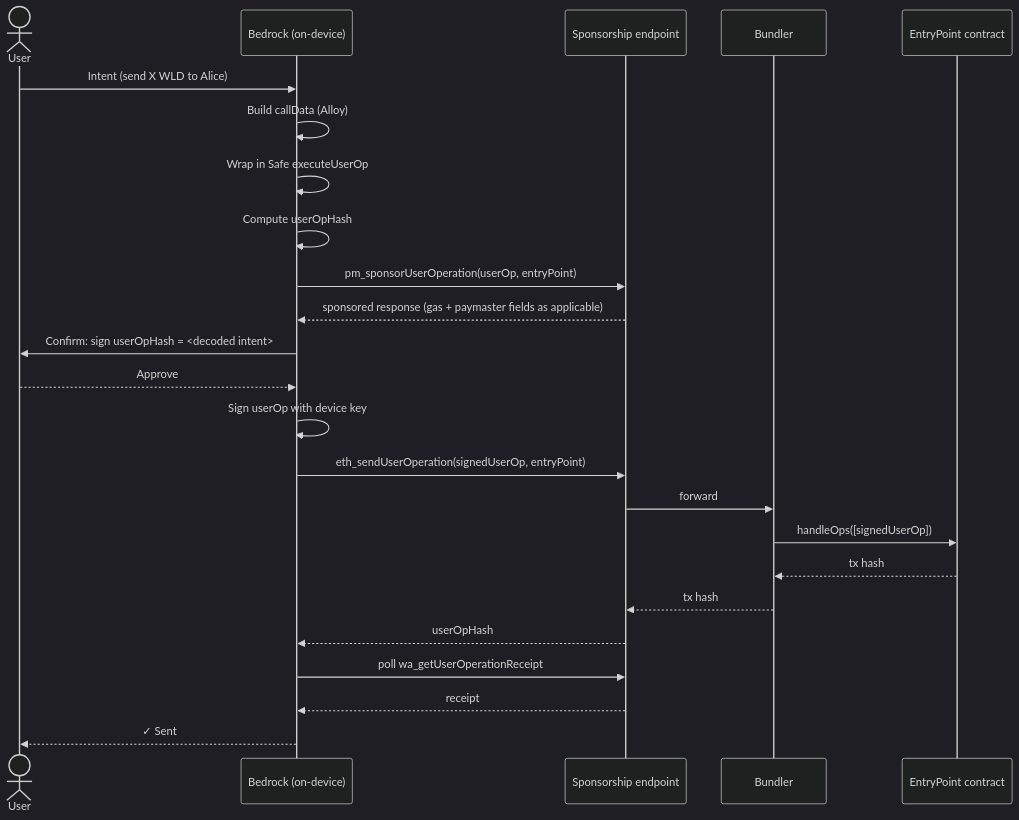
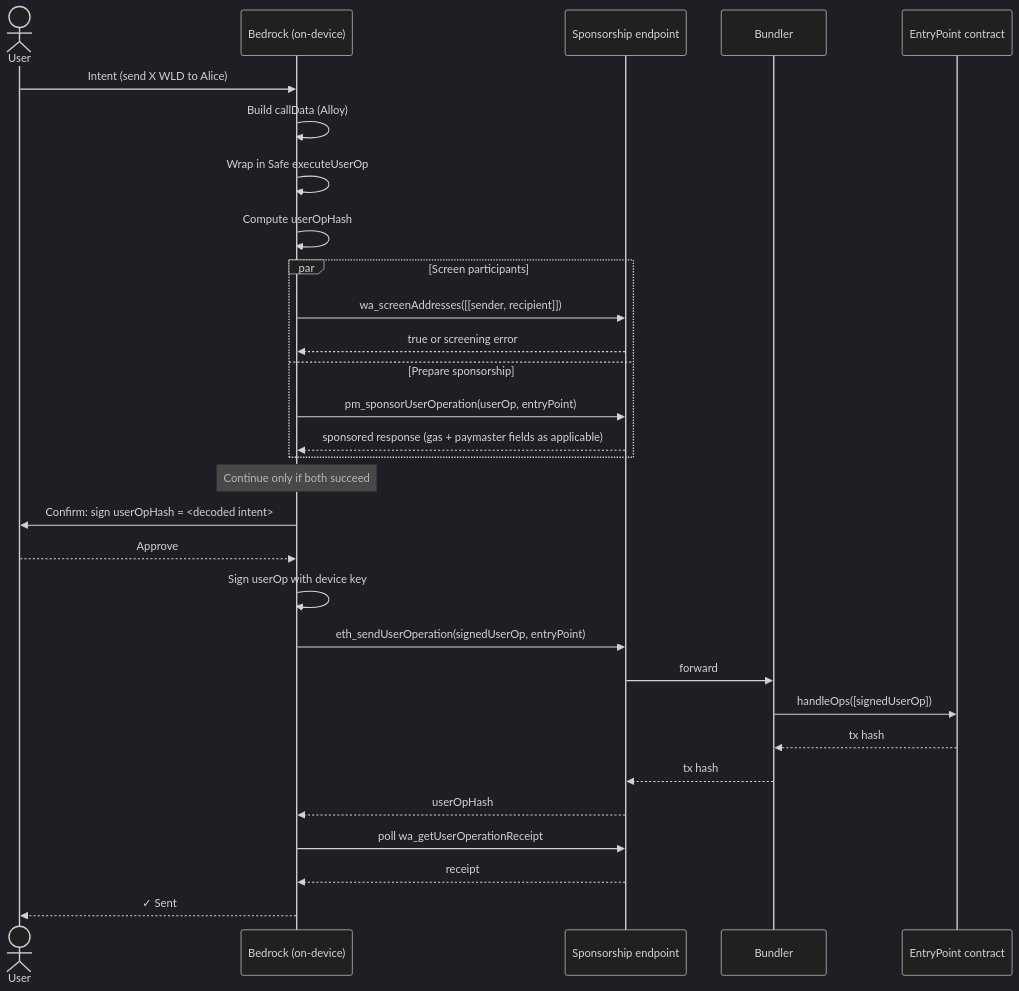
One commit to worldcoin/bedrock changed the first of 2 diagrams in bedrock/src/transactions/transaction.md. Above: the diagram before and after it, drawn with Mermaid (dark theme). The commit also changed other lines of this file and 8 other files, not shown here.

Commit message:
feat(transactions): screen transfer participants before signing (#463)

````diff
--- a/bedrock/src/transactions/transaction.md
+++ b/bedrock/src/transactions/transaction.md
@@ -64,31 +66,37 @@
 ```mermaid
 sequenceDiagram
     actor User
     participant Bedrock as Bedrock (on-device)
     participant Endpoint as Sponsorship endpoint
     participant Bundler
     participant EP as EntryPoint contract
 
     User->>Bedrock: Intent (send X WLD to Alice)
     Bedrock->>Bedrock: Build callData (Alloy)
     Bedrock->>Bedrock: Wrap in Safe executeUserOp
     Bedrock->>Bedrock: Compute userOpHash
 
-    Bedrock->>Endpoint: pm_sponsorUserOperation(userOp, entryPoint)
-    Endpoint-->>Bedrock: sponsored response (gas + paymaster fields as applicable)
+    par Screen participants
+        Bedrock->>Endpoint: wa_screenAddresses([[sender, recipient]])
+        Endpoint-->>Bedrock: true or screening error
+    and Prepare sponsorship
+        Bedrock->>Endpoint: pm_sponsorUserOperation(userOp, entryPoint)
+        Endpoint-->>Bedrock: sponsored response (gas + paymaster fields as applicable)
+    end
+    Note over Bedrock: Continue only if both succeed
 
     Bedrock->>User: Confirm: sign userOpHash = <decoded intent>
     User-->>Bedrock: Approve
     Bedrock->>Bedrock: Sign userOp with device key
 
     Bedrock->>Endpoint: eth_sendUserOperation(signedUserOp, entryPoint)
     Endpoint->>Bundler: forward
     Bundler->>EP: handleOps([signedUserOp])
     EP-->>Bundler: tx hash
     Bundler-->>Endpoint: tx hash
     Endpoint-->>Bedrock: userOpHash
 
     Bedrock->>Endpoint: poll wa_getUserOperationReceipt
     Endpoint-->>Bedrock: receipt
     Bedrock-->>User: ✓ Sent
 ```
````
